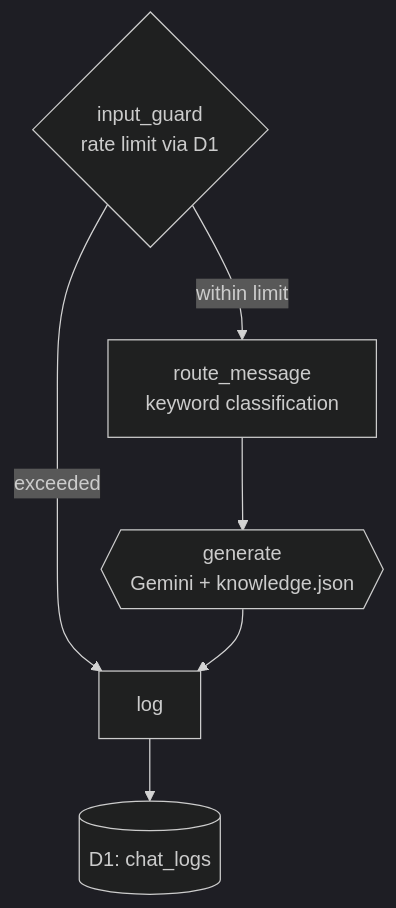
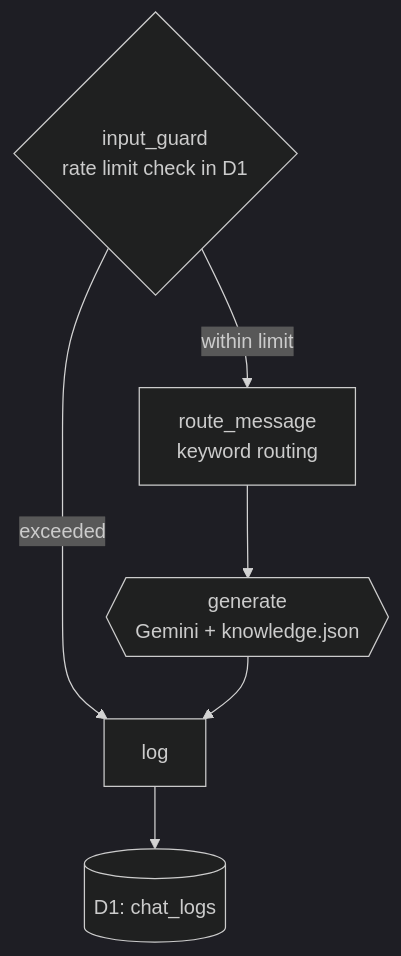
One commit to yktsnet/folio-agent changed the diagram in README.en.md. Above: the diagram before and after it, drawn with Mermaid (dark theme). The commit also changed other lines of this file and 9 other files, not shown here.

````diff
--- a/README.en.md
+++ b/README.en.md
@@ -55,9 +39,9 @@
 ```mermaid
 flowchart TD
-    Guard{"input_guard<br/>rate limit via D1"}
-    Guard -->|"within limit"| Route["route_message<br/>keyword classification"]
+    Guard{"input_guard<br/>rate limit check in D1"}
+    Guard -->|"within limit"| Route["route_message<br/>keyword routing"]
     Guard -->|"exceeded"| Log["log"]
     Route --> Generate{{"generate<br/>Gemini + knowledge.json"}}
     Generate --> Log
     Log --> D1[("D1: chat_logs")]
 ```
````
